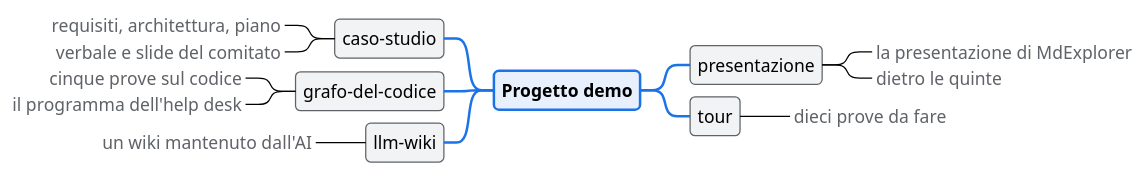
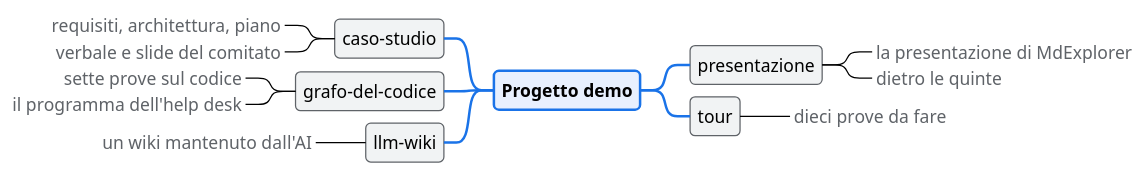
Before and after one commit to salaroglio/mdexplorer-demo: the diagram in README.md, drawn with PlantUML. The commit also changed other lines of this file and 16 other files, not shown here.

First line of the commit message:
grafo del codice: prove 6 e 7, il Visual Basic con l'SQL nel codice e Mark che verifica il grafo; guida «Come Mark verifica il grafo»; template 1.7.0

````diff
--- a/README.md
+++ b/README.md
@@ -69,39 +69,39 @@
 ```plantuml
 @startmindmap
 !theme plain
 <style>
 mindmapDiagram {
   node {
     BackgroundColor #F1F3F4
     LineColor #5F6368
     RoundCorner 8
     Padding 6
   }
   :depth(0) {
     BackgroundColor #E8F0FE
     LineColor #1A73E8
     LineThickness 2
     FontStyle bold
   }
   boxless {
     FontColor #5F6368
   }
 }
 </style>
 * Progetto demo
 ** presentazione
 ***_ la presentazione di MdExplorer
 ***_ dietro le quinte
 ** tour
 ***_ dieci prove da fare
 left side
 ** caso-studio
 ***_ requisiti, architettura, piano
 ***_ verbale e slide del comitato
 ** grafo-del-codice
-***_ cinque prove sul codice
+***_ sette prove sul codice
 ***_ il programma dell'help desk
 ** llm-wiki
 ***_ un wiki mantenuto dall'AI
 @endmindmap
 ```
````
